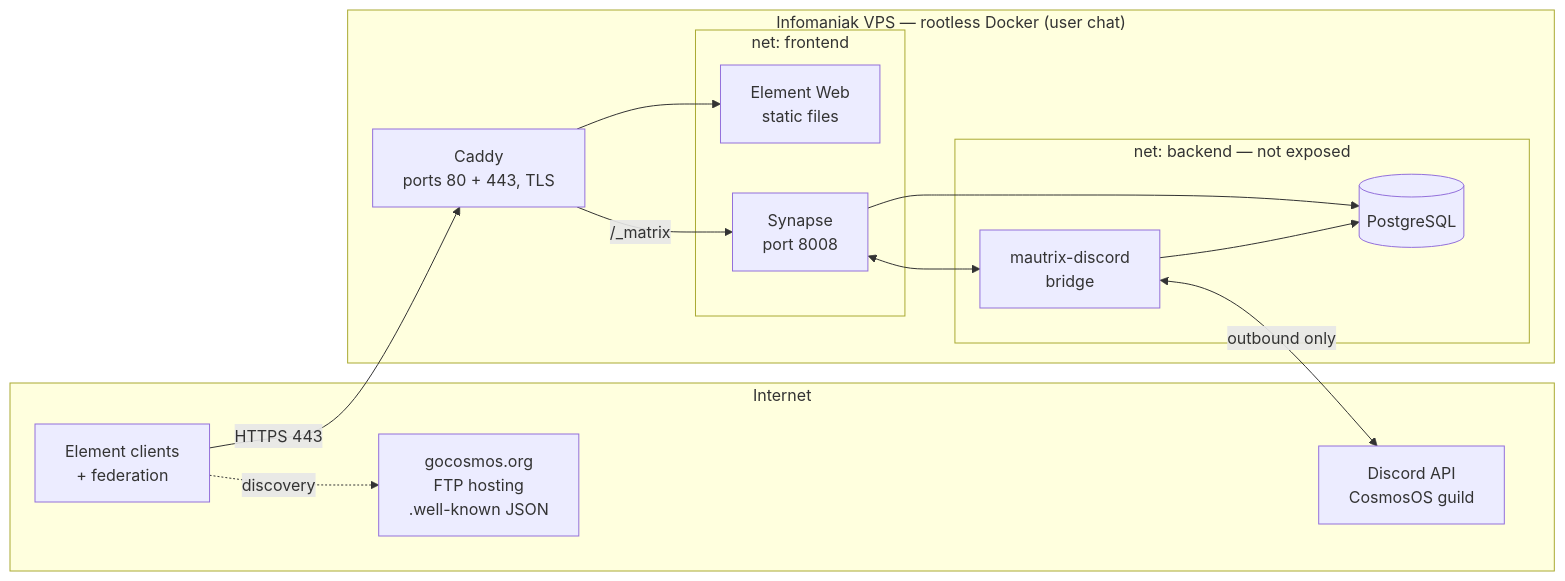
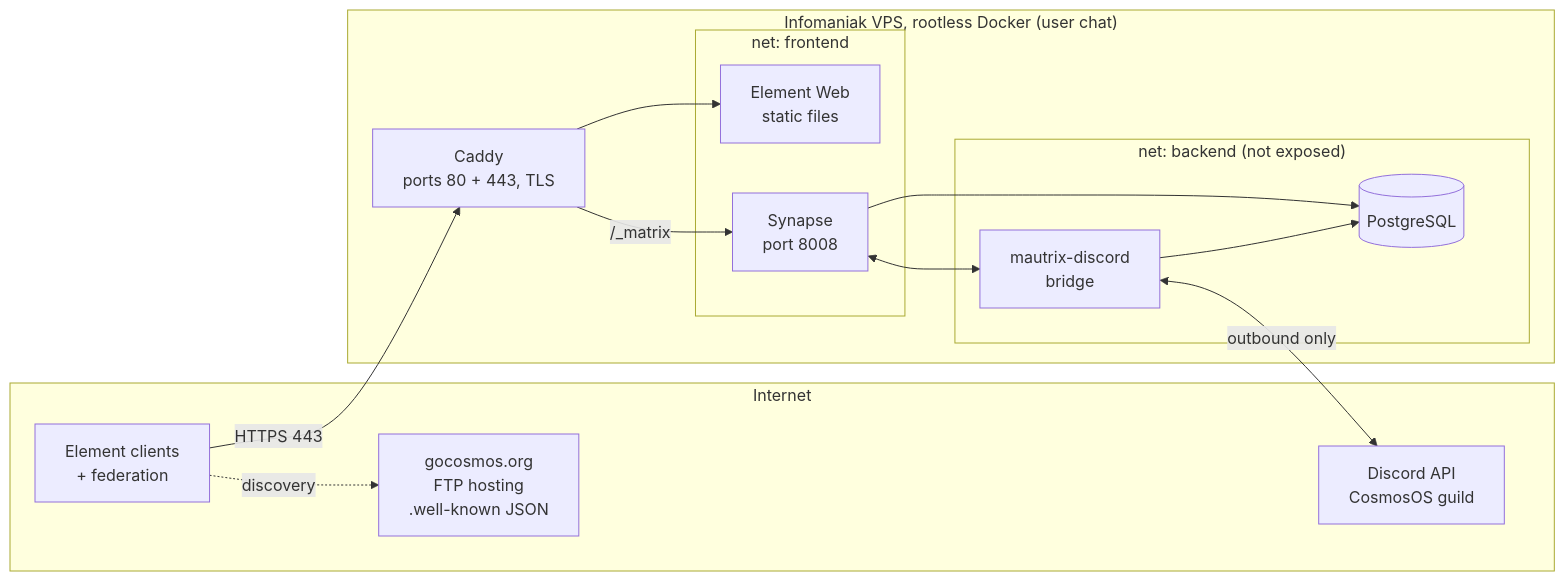
One commit to CosmosOS/cosmos-chat changed the diagram in docs/secure-chat-zone.md. Above: the diagram before and after it, drawn with Mermaid. The commit also changed other lines of this file and 7 other files, not shown here.

Commit message:
📝 Dedupe docs between README, ROADMAP and the security plan; drop em dashes

````diff
--- a/docs/secure-chat-zone.md
+++ b/docs/secure-chat-zone.md
@@ -30,29 +33,29 @@
 ```mermaid
 flowchart LR
     subgraph Internet
         U["Element clients<br/>+ federation"]
         D["Discord API<br/>CosmosOS guild"]
         W["gocosmos.org<br/>FTP hosting<br/>.well-known JSON"]
     end
 
-    subgraph VPS["Infomaniak VPS — rootless Docker (user chat)"]
+    subgraph VPS["Infomaniak VPS, rootless Docker (user chat)"]
         C["Caddy<br/>ports 80 + 443, TLS"]
         subgraph frontend["net: frontend"]
             E["Element Web<br/>static files"]
             S["Synapse<br/>port 8008"]
         end
-        subgraph backend["net: backend — not exposed"]
+        subgraph backend["net: backend (not exposed)"]
             P[("PostgreSQL")]
             B["mautrix-discord<br/>bridge"]
         end
     end
 
     U -->|"HTTPS 443"| C
     U -.->|"discovery"| W
     C --> E
     C -->|"/_matrix"| S
     S --> P
     B --> P
     S <--> B
     B <-->|"outbound only"| D
 ```
````
